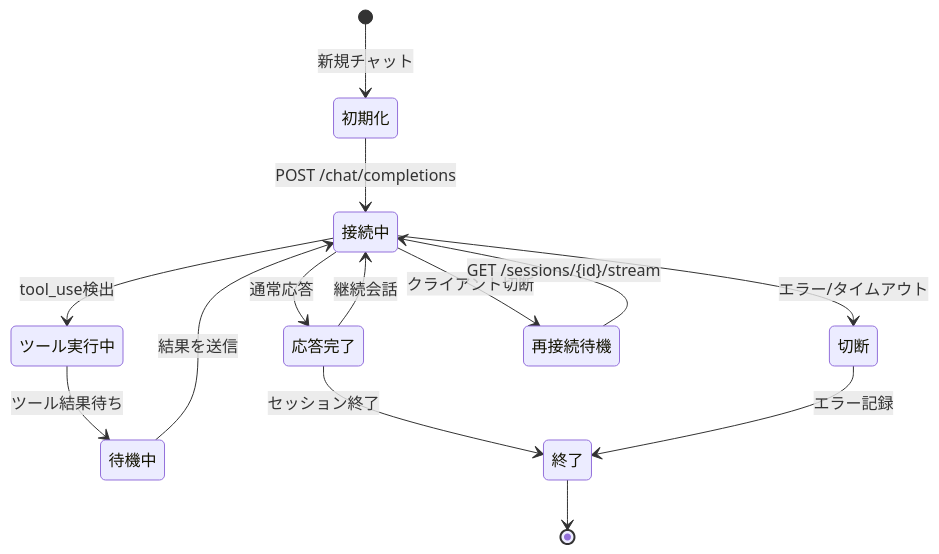
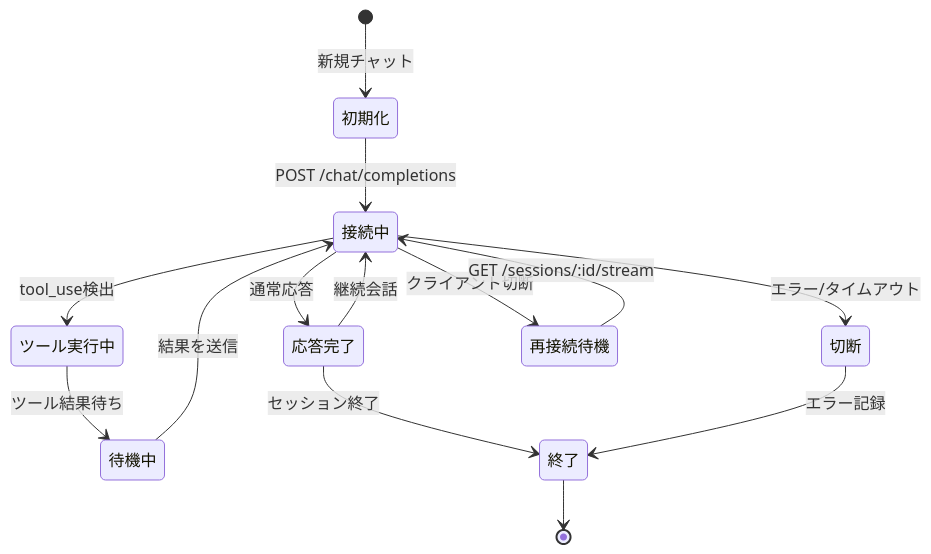
One commit to langcore-org/united-productions-web changed the fourth of 5 diagrams in docs/plans/claude-code-agent-integration-plan.md. Above: the diagram before and after it, drawn with Mermaid. The commit also changed other lines of this file, not shown here.

````diff
--- a/docs/plans/claude-code-agent-integration-plan.md
+++ b/docs/plans/claude-code-agent-integration-plan.md
@@ -275,23 +276,23 @@
 ```mermaid
 stateDiagram-v2
     [*] --> 初期化: 新規チャット
     
     初期化 --> 接続中: POST /chat/completions
     
     接続中 --> ツール実行中: tool_use検出
     接続中 --> 応答完了: 通常応答
     
     ツール実行中 --> 待機中: ツール結果待ち
     待機中 --> 接続中: 結果を送信
     
     接続中 --> 切断: エラー/タイムアウト
     接続中 --> 再接続待機: クライアント切断
     
-    再接続待機 --> 接続中: GET /sessions/{id}/stream
+    再接続待機 --> 接続中: GET /sessions/:id/stream
     
     応答完了 --> 接続中: 継続会話
     応答完了 --> 終了: セッション終了
     切断 --> 終了: エラー記録
     
     終了 --> [*]
 ```
````
